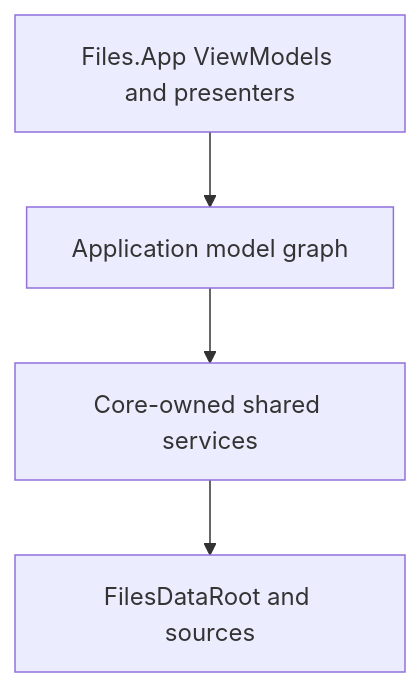
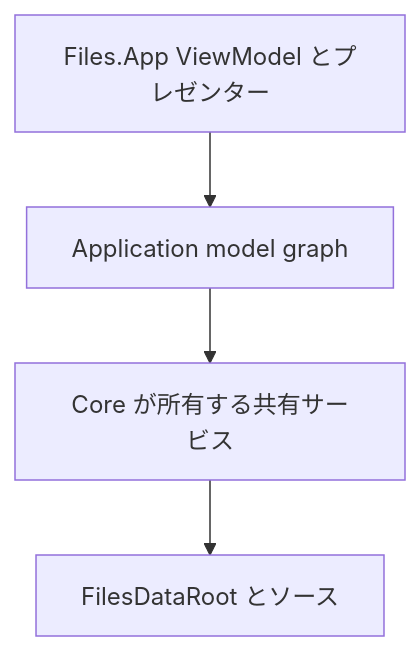
Before and after one commit to 0x5bfa/Files: the second of 2 diagrams in docs/architecture/composition.md, drawn with Mermaid. The commit also changed other lines of this file and 18 other files, not shown here.

Commit message:
Translate architecture docs to Japanese

````diff
--- a/docs/architecture/composition.md
+++ b/docs/architecture/composition.md
@@ -162,11 +139,11 @@
 ```mermaid
 flowchart TD
-    UI["Files.App ViewModels and presenters"]
+    UI["Files.App ViewModel とプレゼンター"]
     App["Application model graph"]
-    Shared["Core-owned shared services"]
-    Sources["FilesDataRoot and sources"]
+    Shared["Core が所有する共有サービス"]
+    Sources["FilesDataRoot とソース"]
 
     UI --> App
     App --> Shared
     Shared --> Sources
 ```
````
